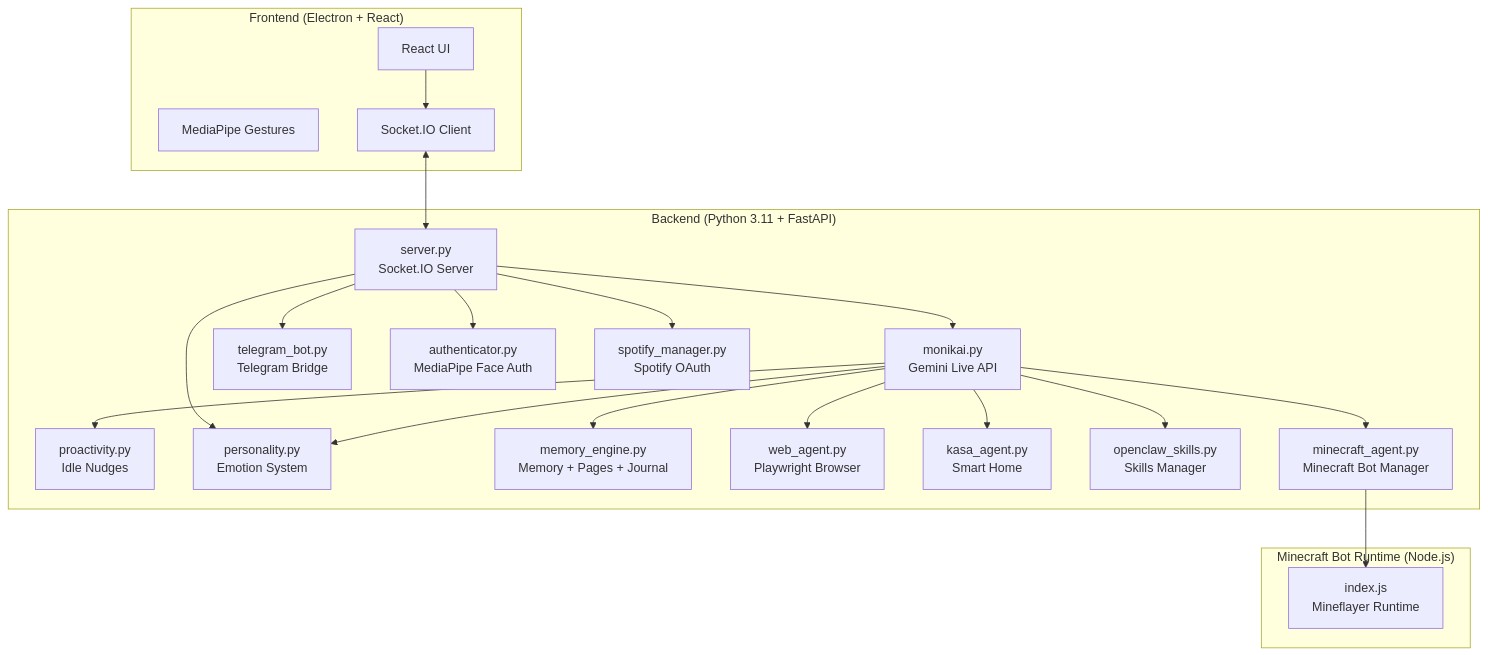
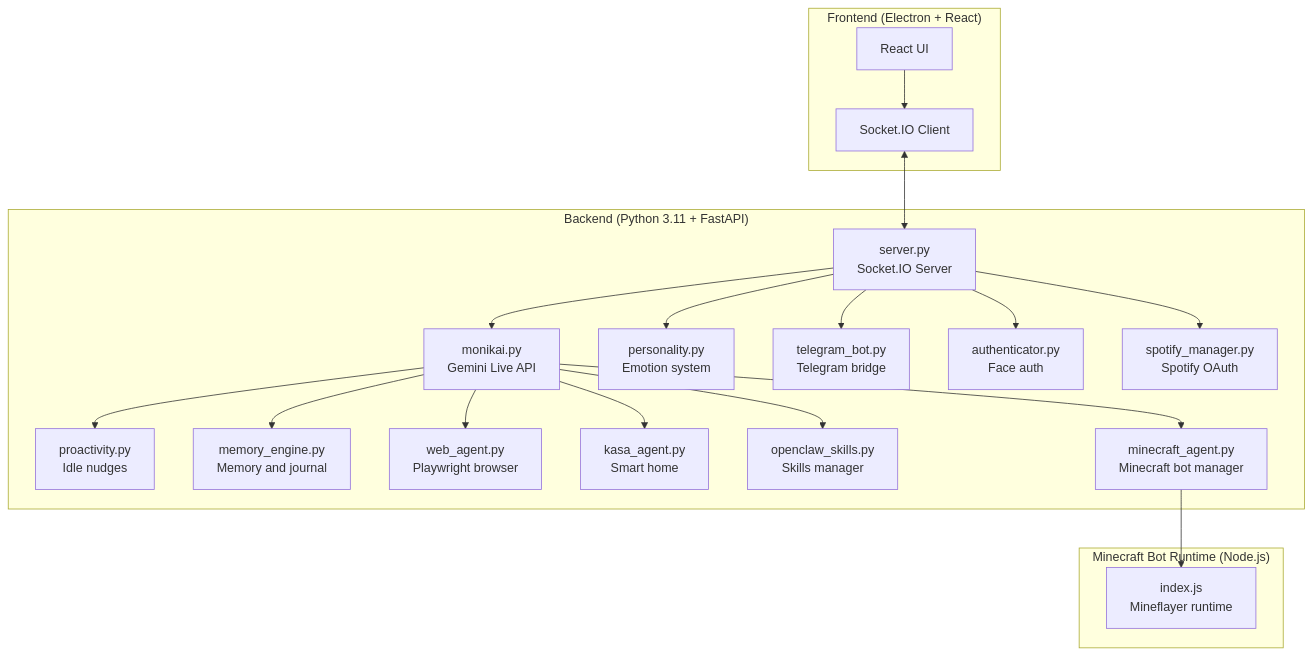
The diagram in README.md (aerokero/monikai), drawn with Mermaid before and after one commit. The commit also changed other lines of this file, not shown here.

````diff
--- a/README.md
+++ b/README.md
@@ -218,43 +70,41 @@
 ```mermaid
 graph TB
     subgraph Frontend ["Frontend (Electron + React)"]
         UI[React UI]
-        GESTURE[MediaPipe Gestures]
         SOCKET_C[Socket.IO Client]
     end
-    
+
     subgraph Backend ["Backend (Python 3.11 + FastAPI)"]
         SERVER[server.py<br/>Socket.IO Server]
         MONIKA[monikai.py<br/>Gemini Live API]
-        PROACT[proactivity.py<br/>Idle Nudges]
-        PERS[personality.py<br/>Emotion System]
-        MEM[memory_engine.py<br/>Memory + Pages + Journal]
-        WEB[web_agent.py<br/>Playwright Browser]
-        KASA[kasa_agent.py<br/>Smart Home]
-        TG[telegram_bot.py<br/>Telegram Bridge]
-        SKILLS[openclaw_skills.py<br/>Skills Manager]
-        AUTH[authenticator.py<br/>MediaPipe Face Auth]
+        PROACT[proactivity.py<br/>Idle nudges]
+        PERS[personality.py<br/>Emotion system]
+        MEM[memory_engine.py<br/>Memory and journal]
+        WEB[web_agent.py<br/>Playwright browser]
+        KASA[kasa_agent.py<br/>Smart home]
+        TG[telegram_bot.py<br/>Telegram bridge]
+        SKILLS[openclaw_skills.py<br/>Skills manager]
+        AUTH[authenticator.py<br/>Face auth]
         SPOT[spotify_manager.py<br/>Spotify OAuth]
-      MCBRIDGE[minecraft_agent.py<br/>Minecraft Bot Manager]
+        MCBRIDGE[minecraft_agent.py<br/>Minecraft bot manager]
     end
 
-   subgraph MCBOT ["Minecraft Bot Runtime (Node.js)"]
-      MCBOTJS[index.js<br/>Mineflayer Runtime]
-   end
-    
+    subgraph MCBOT ["Minecraft Bot Runtime (Node.js)"]
+        MCBOTJS[index.js<br/>Mineflayer runtime]
+    end
+
     UI --> SOCKET_C
     SOCKET_C <--> SERVER
     SERVER --> MONIKA
     SERVER --> PERS
     SERVER --> TG
     MONIKA --> WEB
     MONIKA --> KASA
     MONIKA --> PROACT
-    MONIKA --> PERS
     MONIKA --> MEM
     MONIKA --> SKILLS
-   MONIKA --> MCBRIDGE
-   MCBRIDGE --> MCBOTJS
+    MONIKA --> MCBRIDGE
+    MCBRIDGE --> MCBOTJS
     SERVER --> SPOT
     SERVER --> AUTH
 ```
````
